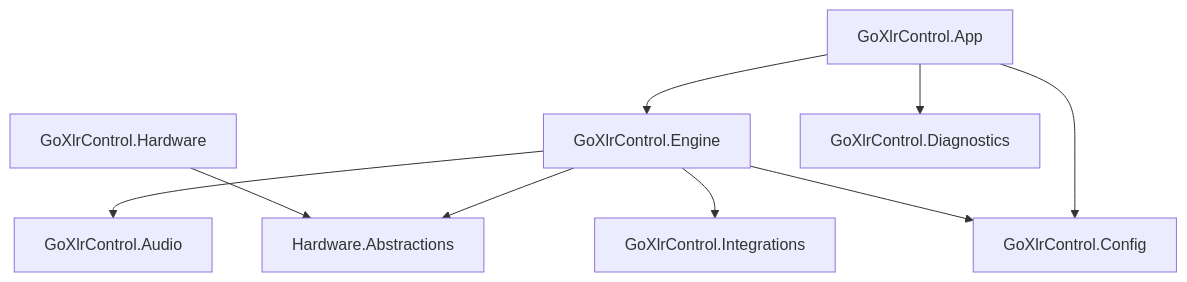
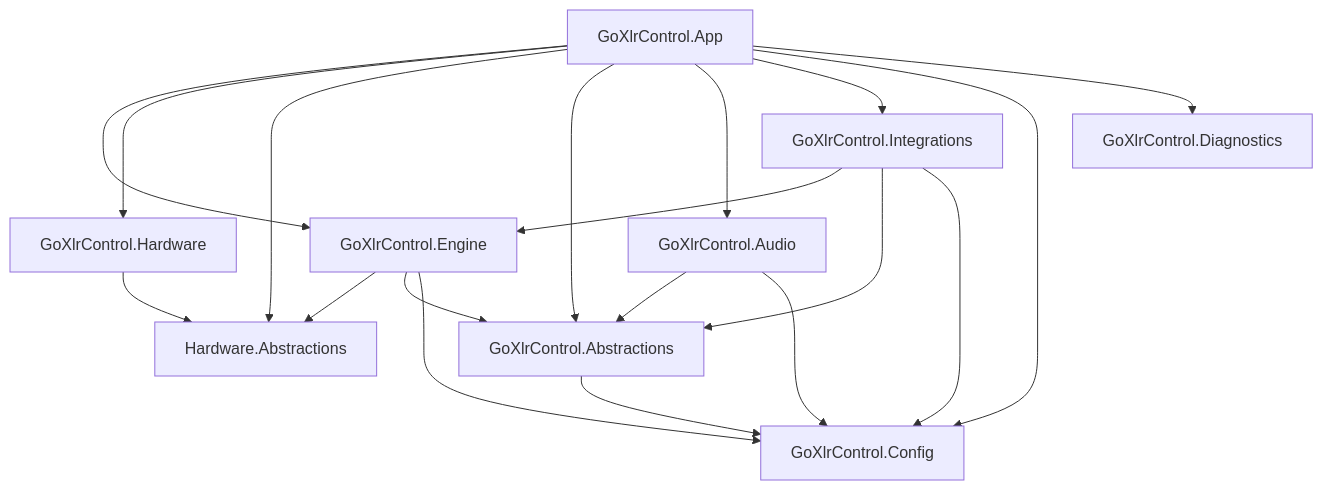
Before and after one commit to gerritgutzeit/goxlr-control: the diagram in docs/architecture/system-overview.md, drawn with Mermaid. The commit also changed other lines of this file and 38 other files, not shown here.

````diff
--- a/docs/architecture/system-overview.md
+++ b/docs/architecture/system-overview.md
@@ -9,19 +9,30 @@
 ```mermaid
 flowchart TB
   App[GoXlrControl.App]
   Eng[GoXlrControl.Engine]
+  Abs[GoXlrControl.Abstractions]
   HwAbs[Hardware.Abstractions]
   Hw[GoXlrControl.Hardware]
   Aud[GoXlrControl.Audio]
   Int[GoXlrControl.Integrations]
   Cfg[GoXlrControl.Config]
   Diag[GoXlrControl.Diagnostics]
   App --> Eng
+  App --> Hw
+  App --> HwAbs
+  App --> Abs
+  App --> Aud
+  App --> Int
   App --> Cfg
   App --> Diag
   Eng --> HwAbs
-  Eng --> Aud
-  Eng --> Int
+  Eng --> Abs
   Eng --> Cfg
+  Aud --> Abs
+  Aud --> Cfg
+  Int --> Eng
+  Int --> Abs
+  Int --> Cfg
   Hw --> HwAbs
+  Abs --> Cfg
 ```
````
